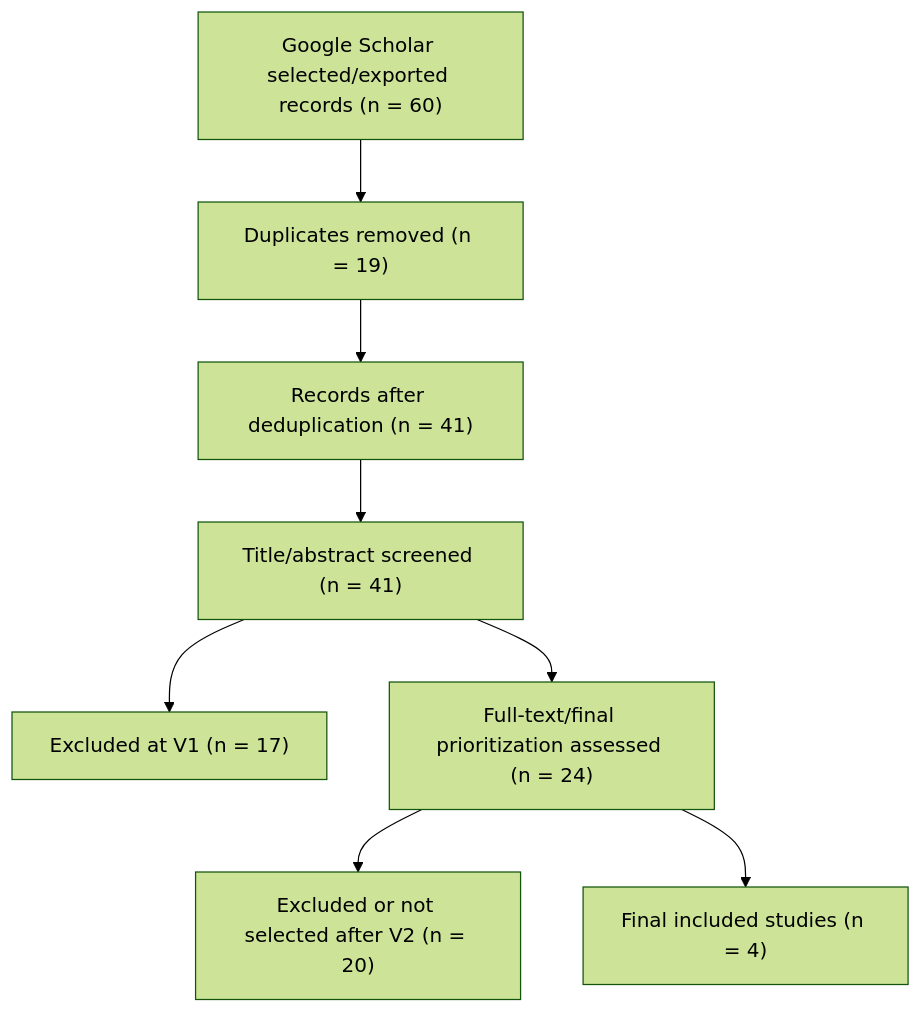
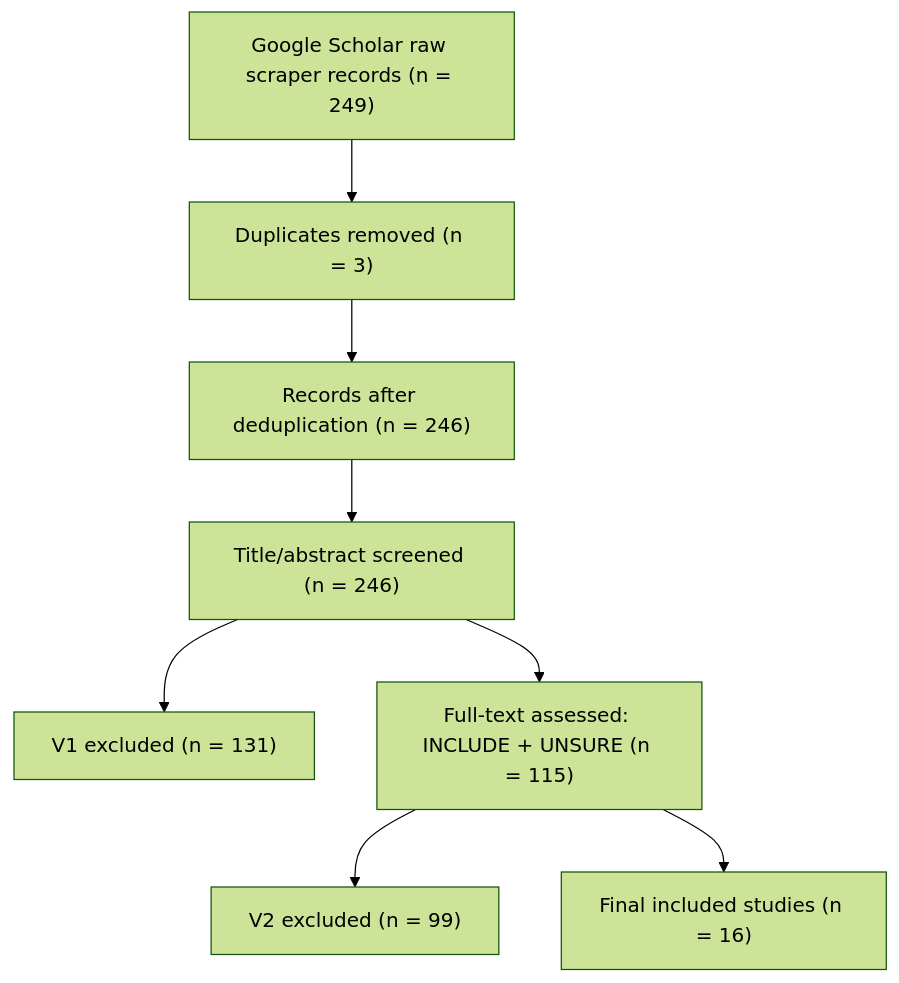
One commit to Khenggg/SE1944_LLM_Unit_Test_Generation changed the diagram in SLR/prisma-flow.md. Above: the diagram before and after it, drawn with Mermaid (forest theme). The commit also changed other lines of this file and 29 other files, not shown here.

````diff
--- a/SLR/prisma-flow.md
+++ b/SLR/prisma-flow.md
@@ -37,10 +44,10 @@
 ```mermaid
 flowchart TD
-    A["Google Scholar selected/exported records (n = 60)"] --> B["Duplicates removed (n = 19)"]
-    B --> C["Records after deduplication (n = 41)"]
-    C --> D["Title/abstract screened (n = 41)"]
-    D --> E["Excluded at V1 (n = 17)"]
-    D --> F["Full-text/final prioritization assessed (n = 24)"]
-    F --> G["Excluded or not selected after V2 (n = 20)"]
-    F --> H["Final included studies (n = 4)"]
+    A["Google Scholar raw scraper records (n = 249)"] --> B["Duplicates removed (n = 3)"]
+    B --> C["Records after deduplication (n = 246)"]
+    C --> D["Title/abstract screened (n = 246)"]
+    D --> E["V1 excluded (n = 131)"]
+    D --> F["Full-text assessed: INCLUDE + UNSURE (n = 115)"]
+    F --> G["V2 excluded (n = 99)"]
+    F --> H["Final included studies (n = 16)"]
 ```
````
